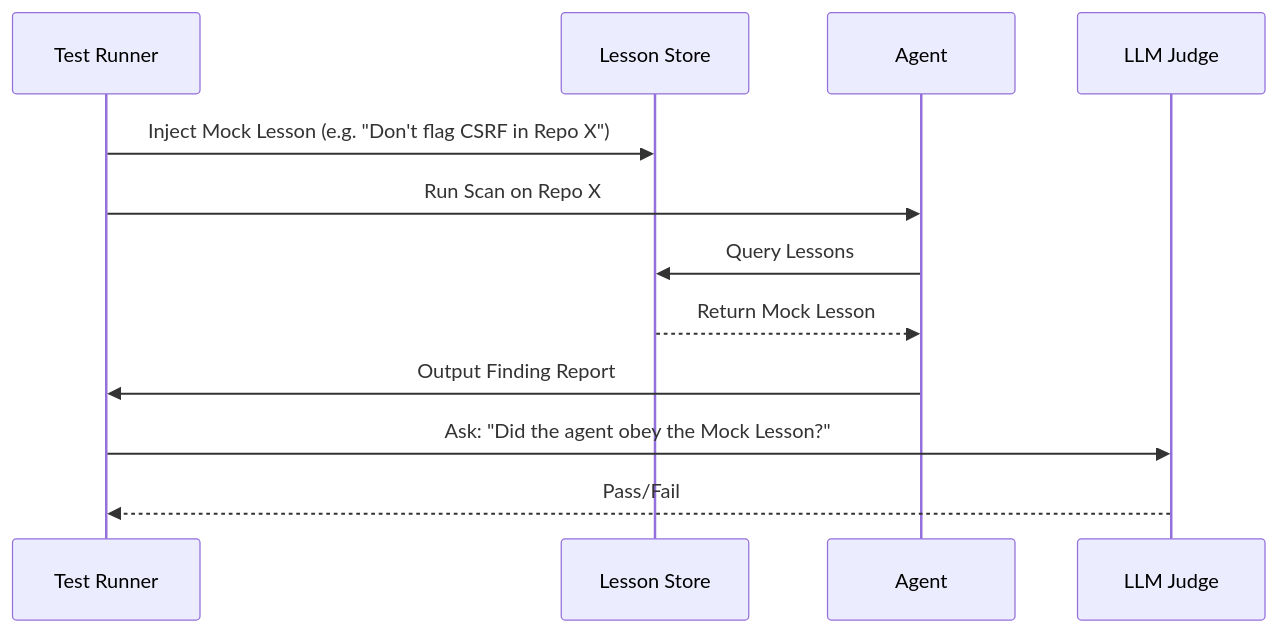
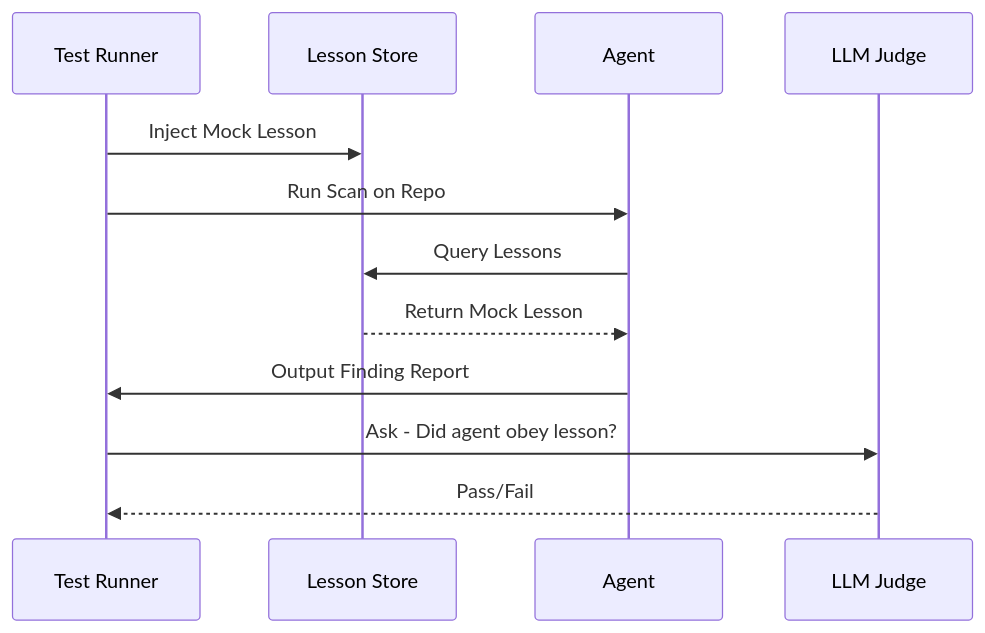
Before and after one commit to 0x2025/autochitect: the second of 2 diagrams in agent_architecture.md, drawn with Mermaid. The commit also changed other lines of this file and 24 other files, not shown here.

````diff
--- a/agent_architecture.md
+++ b/agent_architecture.md
@@ -341,15 +341,15 @@
 ```mermaid
 sequenceDiagram
     participant T as Test Runner
     participant V as Lesson Store
     participant A as Agent
     participant J as LLM Judge
 
-    T->>V: Inject Mock Lesson (e.g. "Don't flag CSRF in Repo X")
-    T->>A: Run Scan on Repo X
+    T->>V: Inject Mock Lesson
+    T->>A: Run Scan on Repo
     A->>V: Query Lessons
     V-->>A: Return Mock Lesson
     A->>T: Output Finding Report
-    T->>J: Ask: "Did the agent obey the Mock Lesson?"
+    T->>J: Ask - Did agent obey lesson?
     J-->>T: Pass/Fail
 ```
````
